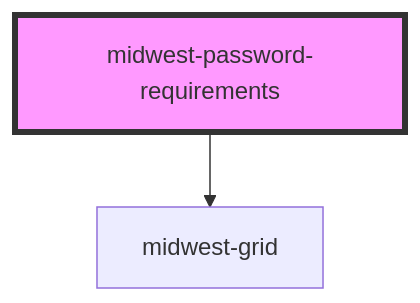
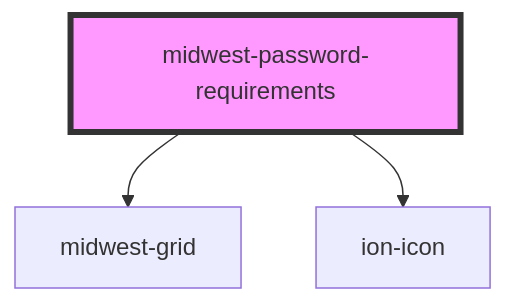
One commit to splitinfinities/Midwest changed the diagram in packages/core/docs/components/forms/password-requirements/readme.md. Above: the diagram before and after it, drawn with Mermaid. The commit also changed other lines of this file and 388 other files, not shown here.

````diff
--- a/packages/core/docs/components/forms/password-requirements/readme.md
+++ b/packages/core/docs/components/forms/password-requirements/readme.md
@@ -23,5 +24,6 @@
 ```mermaid
 graph TD;
   midwest-password-requirements --> midwest-grid
+  midwest-password-requirements --> ion-icon
   style midwest-password-requirements fill:#f9f,stroke:#333,stroke-width:4px
 ```
````
